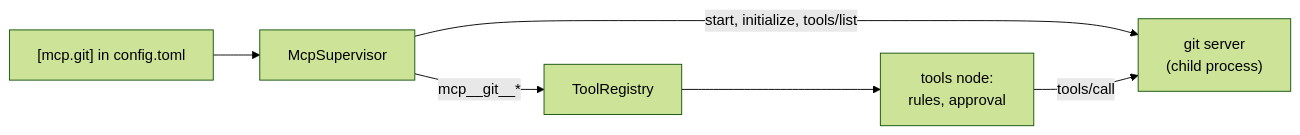
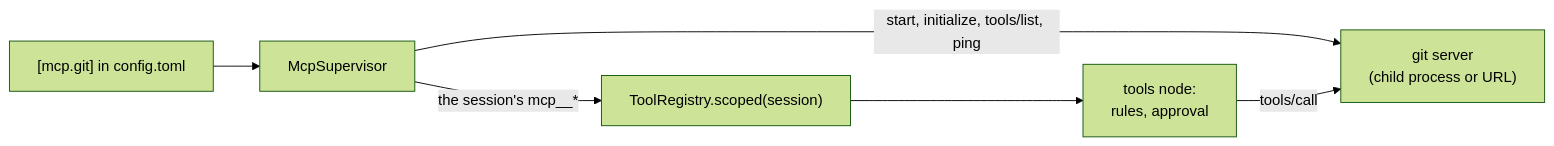
One commit to MilanPavel/golem changed the diagram in docs/adr/023-mcp-client.md. Above: the diagram before and after it, drawn with Mermaid (forest theme). The commit also changed other lines of this file and 84 other files, not shown here.

Commit message:
MCP - servers per session or project, restarts, HTTP and Keychain tokens, and a /mcp manager

````diff
--- a/docs/adr/023-mcp-client.md
+++ b/docs/adr/023-mcp-client.md
@@ -10,8 +10,8 @@
 ```mermaid
 flowchart LR
   config["[mcp.git] in config.toml"] --> supervisor[McpSupervisor]
-  supervisor -->|"start, initialize, tools/list"| server["git server<br/>(child process)"]
-  supervisor -->|"mcp__git__*"| registry[ToolRegistry]
+  supervisor -->|"start, initialize, tools/list, ping"| server["git server<br/>(child process or URL)"]
+  supervisor -->|"the session's mcp__*"| registry["ToolRegistry.scoped(session)"]
   registry --> node["tools node:<br/>rules, approval"]
   node -->|tools/call| server
 ```
````
